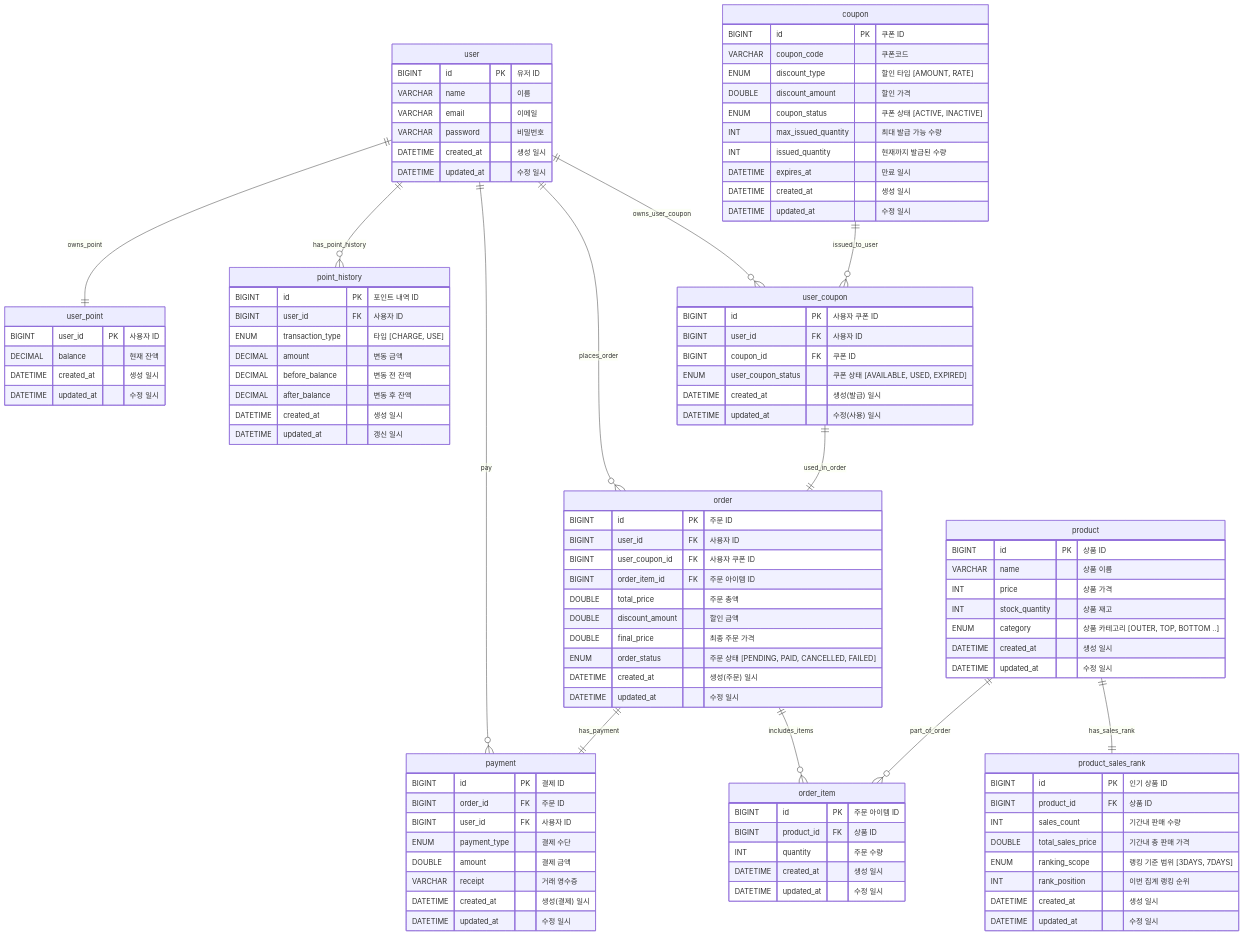
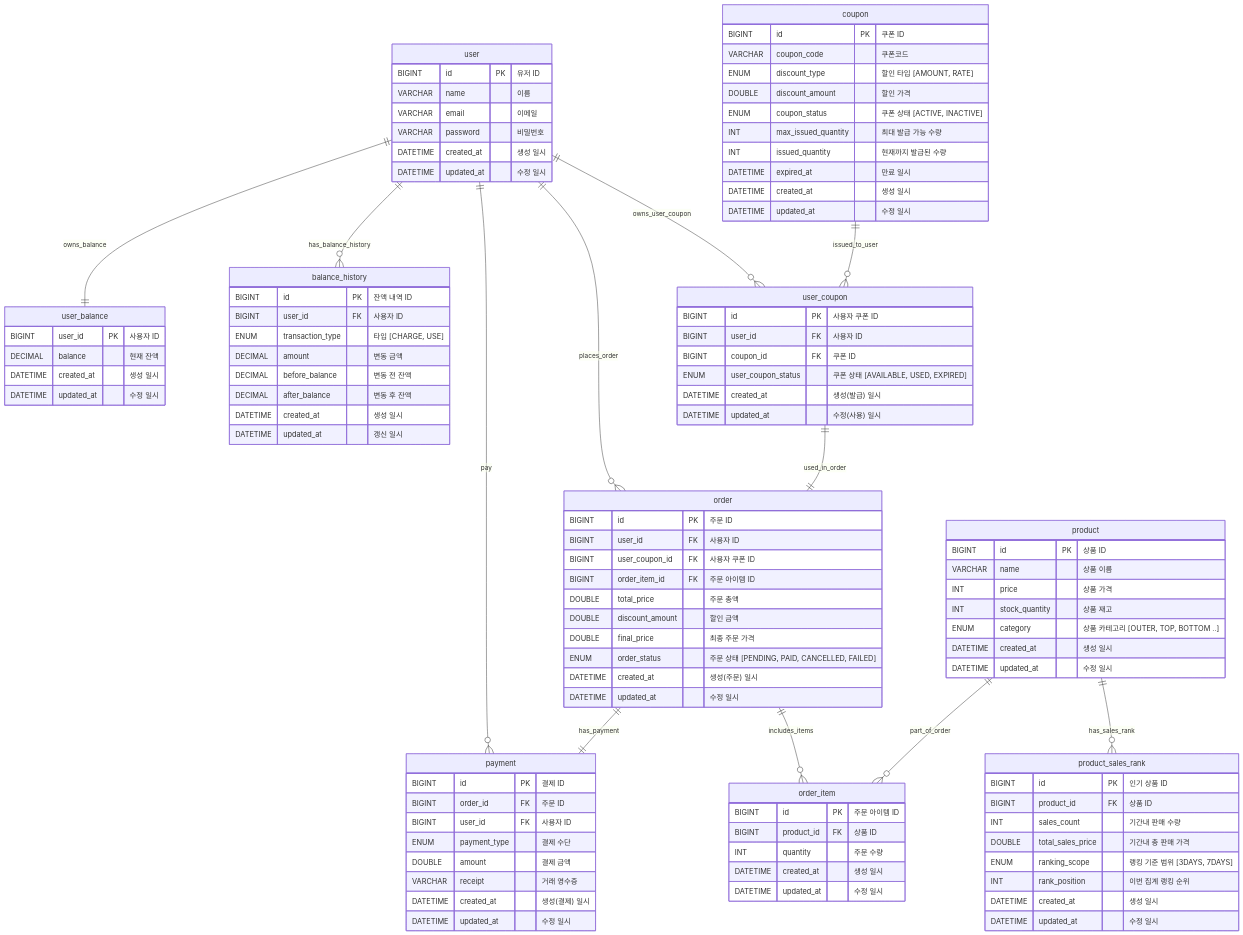
One commit to leevigong/hhplus-ecommerce changed the diagram in docs/ERD.md. Above: the diagram before and after it, drawn with Mermaid. The commit also changed other lines of this file, not shown here.

```diff
--- a/docs/ERD.md
+++ b/docs/ERD.md
@@ -11,15 +11,15 @@
         DATETIME updated_at "수정 일시"
     }
 
-    user_point {
+    user_balance {
         BIGINT user_id PK "사용자 ID"
         DECIMAL balance "현재 잔액"
         DATETIME created_at "생성 일시"
         DATETIME updated_at "수정 일시"
     }
 
-    point_history {
-        BIGINT id PK "포인트 내역 ID"
+    balance_history {
+        BIGINT id PK "잔액 내역 ID"
         BIGINT user_id FK "사용자 ID"
         ENUM transaction_type "타입 [CHARGE, USE]"
         DECIMAL amount "변동 금액"
@@ -90,7 +90,7 @@
         ENUM coupon_status "쿠폰 상태 [ACTIVE, INACTIVE]"
         INT max_issued_quantity "최대 발급 가능 수량"
         INT issued_quantity "현재까지 발급된 수량"
-        DATETIME expires_at "만료 일시"
+        DATETIME expired_at "만료 일시"
         DATETIME created_at "생성 일시"
         DATETIME updated_at "수정 일시"
     }
@@ -104,15 +104,15 @@
         DATETIME updated_at "수정(사용) 일시"
     }
 
-    user ||--|| user_point: owns_point
-    user ||--o{ point_history: has_point_history
+    user ||--|| user_balance: owns_balance
+    user ||--o{ balance_history: has_balance_history
     user ||--o{ payment: pay
     user ||--o{ order: places_order
     user ||--o{ user_coupon: owns_user_coupon
     order ||--o{ order_item: includes_items
     order ||--|| payment: has_payment
     product ||--o{ order_item: part_of_order
-    product ||--|| product_sales_rank: has_sales_rank
+    product ||--o{ product_sales_rank: has_sales_rank
     coupon ||--o{ user_coupon: issued_to_user
     user_coupon ||--|| order: used_in_order
 
```
